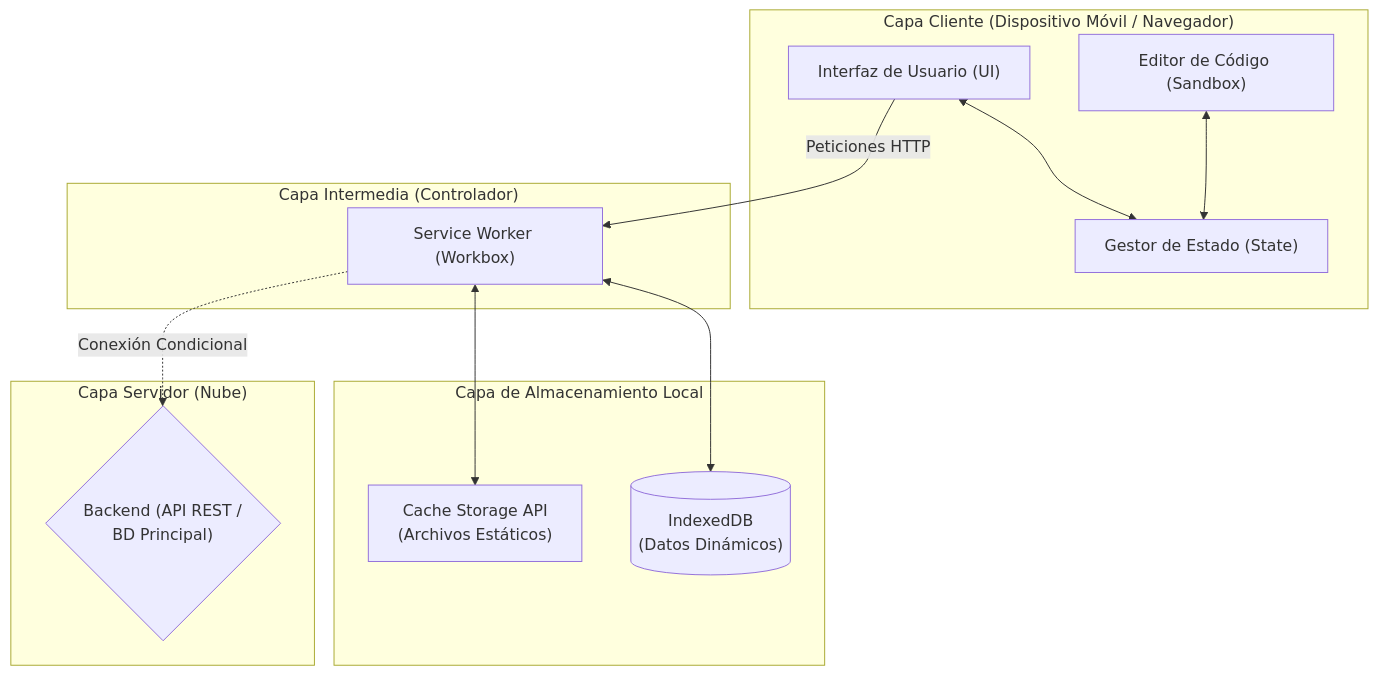
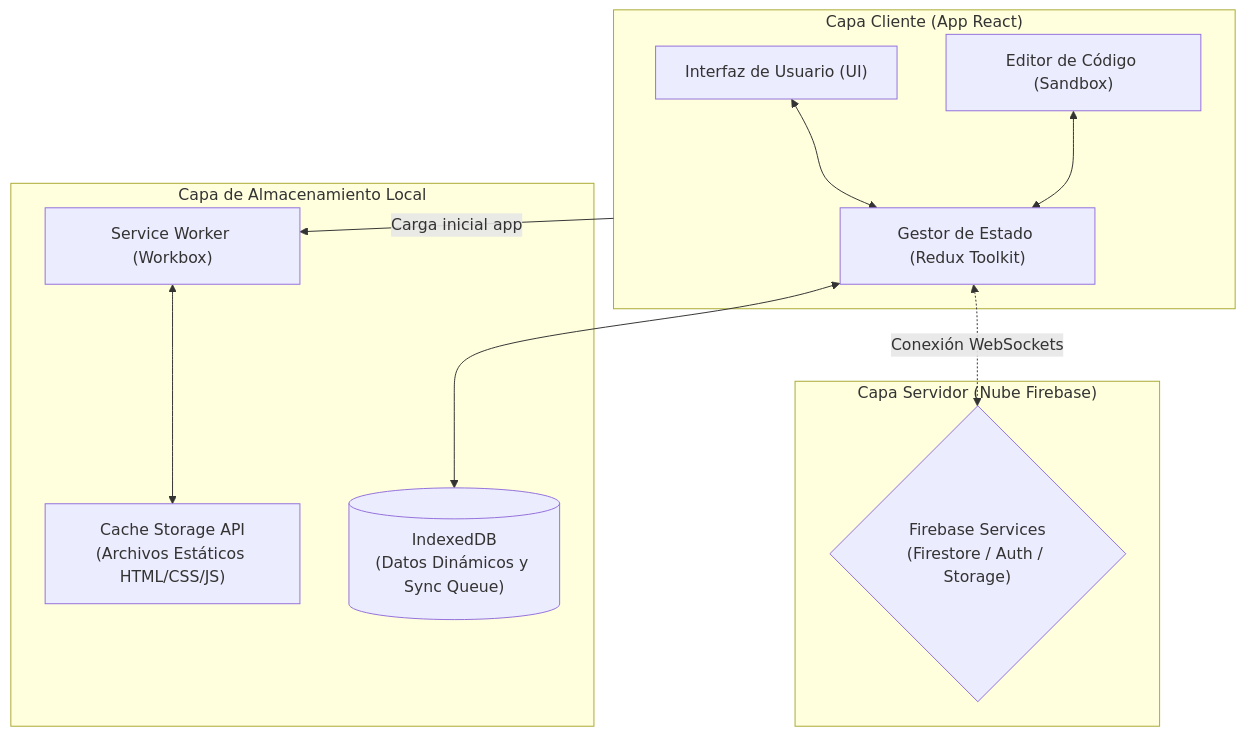
One commit to ecuriele/espacio-educa changed the first of 3 diagrams in DIAGRAMAS.md. Above: the diagram before and after it, drawn with Mermaid. The commit also changed other lines of this file, not shown here.

Commit message:
docs: corregir diagramas tecnicos de PWA, sync y DB local en DIAGRAMAS.md

````diff
--- a/DIAGRAMAS.md
+++ b/DIAGRAMAS.md
@@ -9,29 +9,23 @@
 ```mermaid
 flowchart TD
-    subgraph Cliente ["Capa Cliente (Dispositivo Móvil / Navegador)"]
+    subgraph Cliente ["Capa Cliente (App React)"]
         UI["Interfaz de Usuario (UI)"]
-        State["Gestor de Estado (State)"]
+        State["Gestor de Estado (Redux Toolkit)"]
         Sandbox["Editor de Código (Sandbox)"]
         
         UI <--> State
         Sandbox <--> State
     end
 
-    subgraph Intermedia ["Capa Intermedia (Controlador)"]
-        SW["Service Worker (Workbox)"]
+    subgraph Almacenamiento_Local ["Capa de Almacenamiento Local"]
+        SW["Service Worker (Workbox)"] <--> Cache["Cache Storage API\n(Archivos Estáticos HTML/CSS/JS)"]
+        State <--> IDB[("IndexedDB\n(Datos Dinámicos y Sync Queue)")]
     end
 
-    subgraph Almacenamiento ["Capa de Almacenamiento Local"]
-        Cache["Cache Storage API\n(Archivos Estáticos)"]
-        IDB[("IndexedDB\n(Datos Dinámicos)")]
+    subgraph Servidor ["Capa Servidor (Nube Firebase)"]
+        Backend{"Firebase Services\n(Firestore / Auth / Storage)"}
     end
 
-    subgraph Servidor ["Capa Servidor (Nube)"]
-        Backend{"Backend (API REST /\nBD Principal)"}
-    end
-
-    UI -->|Peticiones HTTP| SW
-    SW <--> Cache
-    SW <--> IDB
-    SW -.->|Conexión Condicional| Backend
+    Cliente -->|Carga inicial app| SW
+    State <-.->|Conexión WebSockets| Backend
 ```
````
